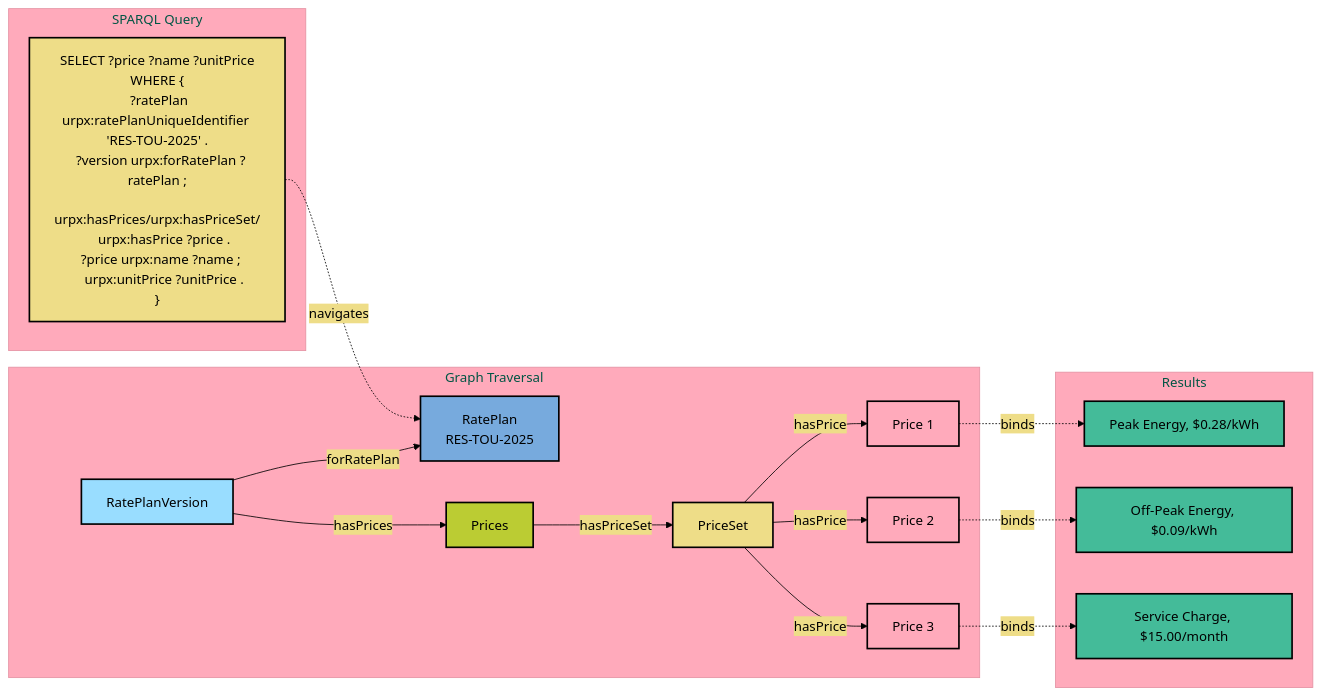
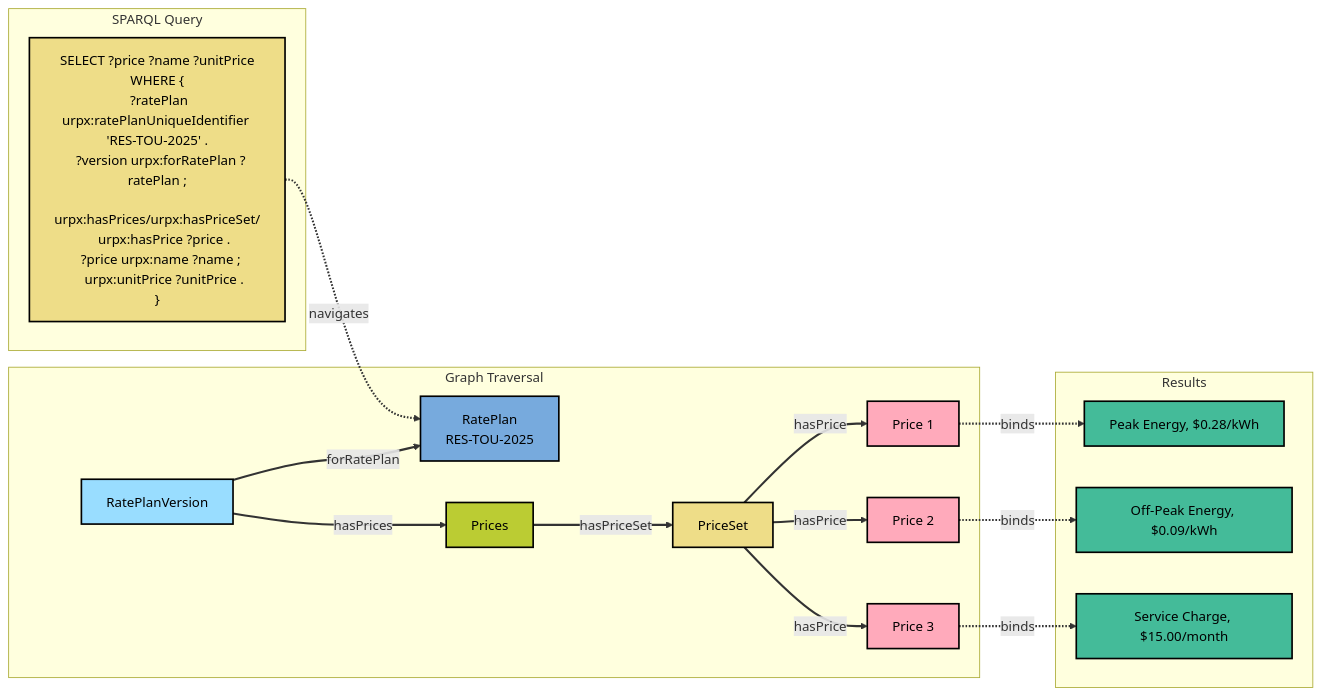
The diagram in documentation/diagrams/urpx-sparql-query-visual.mmd (urpx-org/urpx), drawn with Mermaid before and after one commit. The commit also changed 65 other files, not shown here.

```diff
--- a/documentation/diagrams/urpx-sparql-query-visual.mmd
+++ b/documentation/diagrams/urpx-sparql-query-visual.mmd
@@ -1,48 +1,50 @@
 %% SPDX-FileCopyrightText: Flux Tailor LLC
 %% SPDX-License-Identifier: W3C-20150513
 
-%%{init: {'theme':'base', 'themeVariables': { 'primaryColor':'#77AADD', 'primaryTextColor':'#000', 'primaryBorderColor':'#000', 'lineColor':'#000', 'secondaryColor':'#EEDD88', 'tertiaryColor':'#FFAABB', 'background':'transparent'}}}%%
 graph LR
     subgraph "SPARQL Query"
         Q["SELECT ?price ?name ?unitPrice<br/>WHERE {<br/>  ?ratePlan urpx:ratePlanUniqueIdentifier 'RES-TOU-2025' .<br/>  ?version urpx:forRatePlan ?ratePlan ;<br/>    urpx:hasPrices/urpx:hasPriceSet/<br/>    urpx:hasPrice ?price .<br/>  ?price urpx:name ?name ;<br/>    urpx:unitPrice ?unitPrice .<br/>}"]
     end
     
     subgraph "Graph Traversal"
         RP[RatePlan<br/>RES-TOU-2025]
         RPV[RatePlanVersion]
         PRC[Prices]
         PS[PriceSet]
         P1[Price 1]
         P2[Price 2]
         P3[Price 3]
         
         RPV -->|forRatePlan| RP
         RPV -->|hasPrices| PRC
         PRC -->|hasPriceSet| PS
         PS -->|hasPrice| P1
         PS -->|hasPrice| P2
         PS -->|hasPrice| P3
     end
     
     subgraph "Results"
         R1["Peak Energy, $0.28/kWh"]
         R2["Off-Peak Energy, $0.09/kWh"]
         R3["Service Charge, $15.00/month"]
     end
     
     Q -.->|navigates| RP
     P1 -.->|binds| R1
     P2 -.->|binds| R2
     P3 -.->|binds| R3
     
     style Q fill:#EEDD88,stroke:#000,stroke-width:2px,color:#000
     style RP fill:#77AADD,stroke:#000,stroke-width:2px,color:#000
     style RPV fill:#99DDFF,stroke:#000,stroke-width:2px,color:#000
     style PRC fill:#BBCC33,stroke:#000,stroke-width:2px,color:#000
     style PS fill:#EEDD88,stroke:#000,stroke-width:2px,color:#000
     style P1 fill:#FFAABB,stroke:#000,stroke-width:2px,color:#000
     style P2 fill:#FFAABB,stroke:#000,stroke-width:2px,color:#000
     style P3 fill:#FFAABB,stroke:#000,stroke-width:2px,color:#000
     style R1 fill:#44BB99,stroke:#000,stroke-width:2px,color:#000
     style R2 fill:#44BB99,stroke:#000,stroke-width:2px,color:#000
     style R3 fill:#44BB99,stroke:#000,stroke-width:2px,color:#000
+
+    %% Edge stroke width, matched to the documentation site
+    linkStyle default stroke-width:2.5px
```
